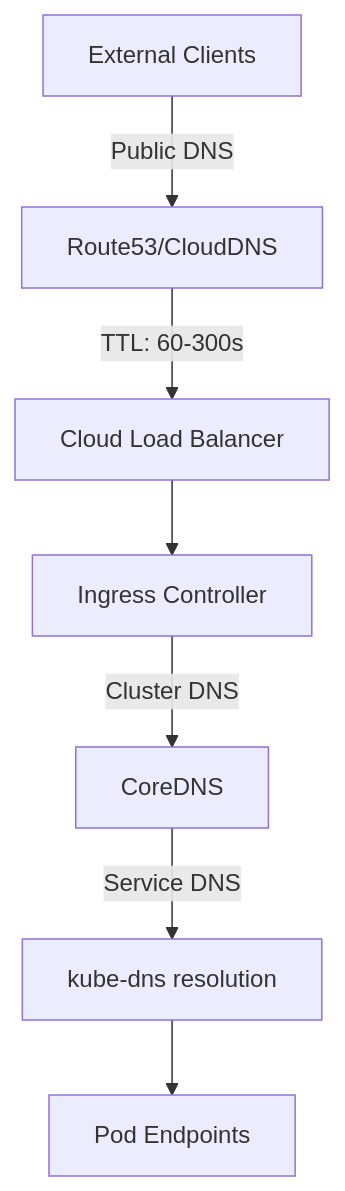
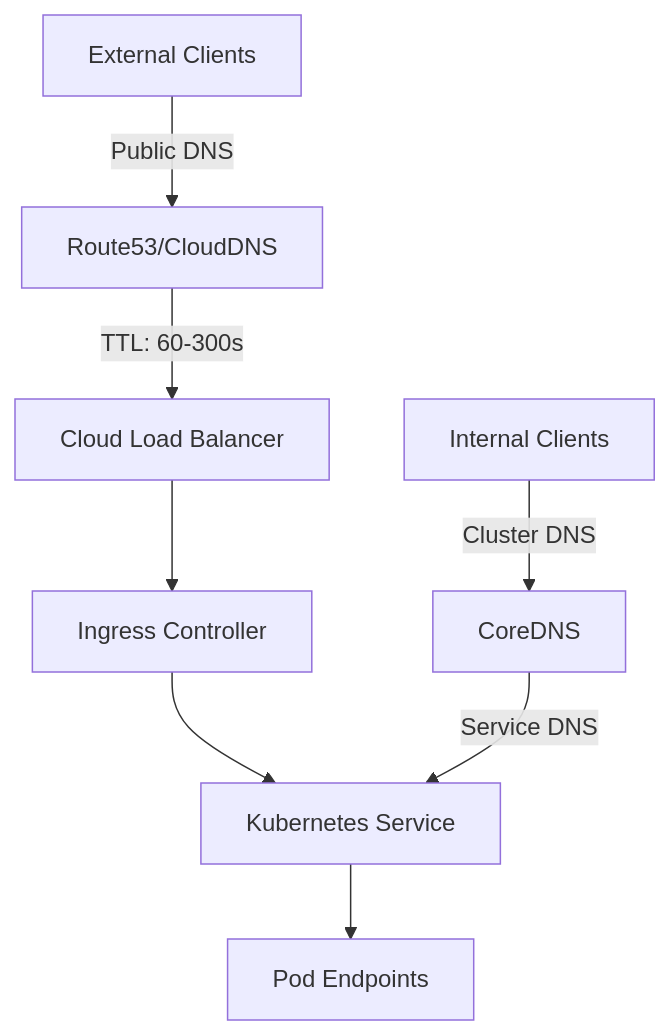
One commit to OneUptime/blog changed the diagram in posts/2026-02-26-argocd-dns-propagation-deployment/README.md. Above: the diagram before and after it, drawn with Mermaid. The commit also changed other lines of this file and 2 other files, not shown here.

Commit message:
validate: 2026-02-26-argocd-dns-propagation-deployment

````diff
--- a/posts/2026-02-26-argocd-dns-propagation-deployment/README.md
+++ b/posts/2026-02-26-argocd-dns-propagation-deployment/README.md
@@ -17,9 +17,10 @@
 ```mermaid
 graph TD
     A[External Clients] -->|Public DNS| B[Route53/CloudDNS]
     B -->|TTL: 60-300s| C[Cloud Load Balancer]
     C --> D[Ingress Controller]
-    D -->|Cluster DNS| E[CoreDNS]
-    E -->|Service DNS| F[kube-dns resolution]
-    F --> G[Pod Endpoints]
+    D --> E[Kubernetes Service]
+    E --> G[Pod Endpoints]
+    H[Internal Clients] -->|Cluster DNS| I[CoreDNS]
+    I -->|Service DNS| E
 ```
````
